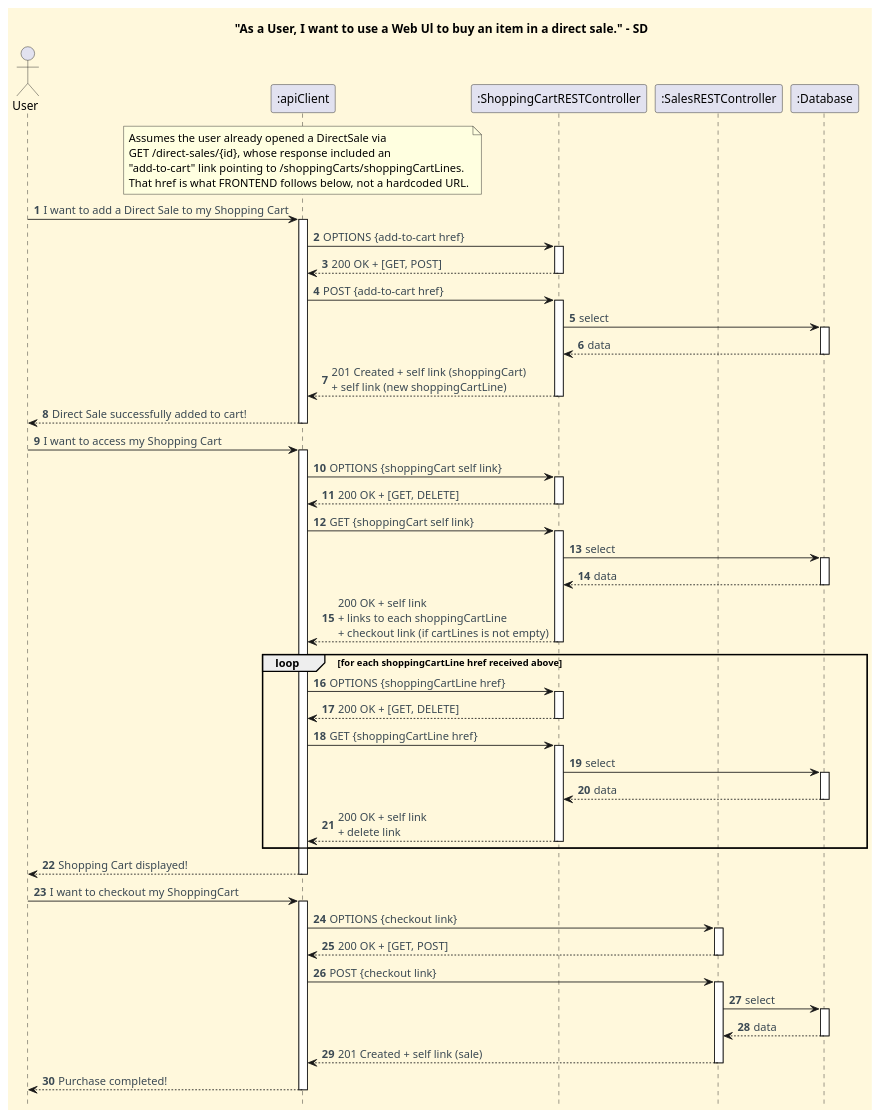
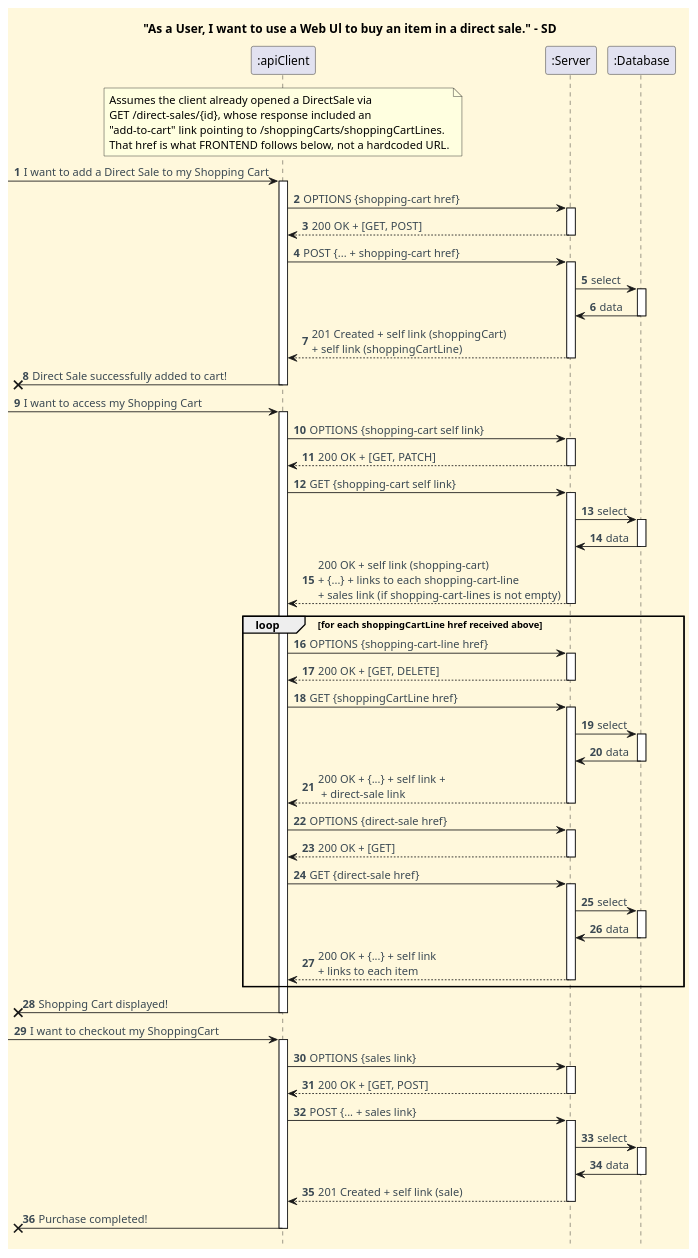
Before and after one commit to CarolinaLeite-collab/JavaMarketplacePlatform: the diagram in docs/client-server-diagrams/buy-item-on-direct-sale/Process_View_SD.puml, drawn with PlantUML. The commit also changed 1 other file, not shown here.

Commit message:
docs: updated process view diagram and added scenario diagram for buy an item in a direct sale functionality, refs #1121

```diff
--- a/docs/client-server-diagrams/buy-item-on-direct-sale/Process_View_SD.puml
+++ b/docs/client-server-diagrams/buy-item-on-direct-sale/Process_View_SD.puml
@@ -1,123 +1,138 @@
 @startuml
 
 '==== Title ====
 title "As a User, I want to use a Web Ul to buy an item in a direct sale." - SD
 
 '==== basic style ====
 skinparam monochrome false
 skinparam shadowing false
 skinparam defaultFontName Futura
 skinparam objectFontSize 20
 skinparam backgroundColor CornSilk
 skinparam objectBackgroundColor WhiteSmoke
 skinparam noteBackgroundColor #FFFFE0
 skinparam ArrowFontColor #3B4953
 skinparam ActivationBackgroundColor black
 hidefootbox
 autonumber
 
 ' ==== Actor and participants ====
-actor User as USER
 participant ":apiClient" as FRONTEND
-participant ":ShoppingCartRESTController" as CTL
-participant ":SalesRESTController" as SALESCTL
+participant ":Server" as SERVER
 participant ":Database" as DB
 
 note over FRONTEND
-  Assumes the user already opened a DirectSale via
+  Assumes the client already opened a DirectSale via
   GET /direct-sales/{id}, whose response included an
   "add-to-cart" link pointing to /shoppingCarts/shoppingCartLines.
   That href is what FRONTEND follows below, not a hardcoded URL.
 end note
 
-USER -> FRONTEND : I want to add a Direct Sale to my Shopping Cart
+ [-> FRONTEND : I want to add a Direct Sale to my Shopping Cart
 activate FRONTEND
 
-FRONTEND -> CTL : OPTIONS {add-to-cart href}
-activate CTL
+FRONTEND -> SERVER : OPTIONS {shopping-cart href}
+activate SERVER
 
-CTL --> FRONTEND : 200 OK + [GET, POST]
-deactivate CTL
+SERVER --> FRONTEND : 200 OK + [GET, POST]
+deactivate SERVER
 
-FRONTEND -> CTL : POST {add-to-cart href}
-activate CTL
+FRONTEND -> SERVER : POST {... + shopping-cart href}
+activate SERVER
 
-CTL -> DB : select
+SERVER -> DB : select
 activate DB
-DB --> CTL : data
+DB -> SERVER : data
 deactivate DB
 
-CTL --> FRONTEND : 201 Created + self link (shoppingCart) \n+ self link (new shoppingCartLine)
-deactivate CTL
+SERVER --> FRONTEND : 201 Created + self link (shoppingCart) \n+ self link (shoppingCartLine)
+deactivate SERVER
 
-FRONTEND --> USER : Direct Sale successfully added to cart!
+FRONTEND ->x[ : Direct Sale successfully added to cart!
 deactivate FRONTEND
 
-USER -> FRONTEND : I want to access my Shopping Cart
+[-> FRONTEND : I want to access my Shopping Cart
 activate FRONTEND
 
-FRONTEND -> CTL : OPTIONS {shoppingCart self link}
-activate CTL
+FRONTEND -> SERVER : OPTIONS {shopping-cart self link}
+activate SERVER
 
-CTL --> FRONTEND : 200 OK + [GET, DELETE]
-deactivate CTL
+SERVER --> FRONTEND : 200 OK + [GET, PATCH]
+deactivate SERVER
 
-FRONTEND -> CTL : GET {shoppingCart self link}
-activate CTL
+FRONTEND -> SERVER : GET {shopping-cart self link}
+activate SERVER
 
-CTL -> DB : select
+SERVER -> DB : select
 activate DB
-DB --> CTL : data
+DB -> SERVER : data
 deactivate DB
 
-CTL --> FRONTEND : 200 OK + self link \n+ links to each shoppingCartLine \n+ checkout link (if cartLines is not empty)
-deactivate CTL
+SERVER --> FRONTEND : 200 OK + self link (shopping-cart) \n+ {...} + links to each shopping-cart-line \n+ sales link (if shopping-cart-lines is not empty)
+deactivate SERVER
 
 loop for each shoppingCartLine href received above
 
-FRONTEND -> CTL : OPTIONS {shoppingCartLine href}
-activate CTL
+FRONTEND -> SERVER : OPTIONS {shopping-cart-line href}
+activate SERVER
 
-CTL --> FRONTEND : 200 OK + [GET, DELETE]
-deactivate CTL
+SERVER --> FRONTEND : 200 OK + [GET, DELETE]
+deactivate SERVER
 
-FRONTEND -> CTL : GET {shoppingCartLine href}
-activate CTL
+FRONTEND -> SERVER : GET {shoppingCartLine href}
+activate SERVER
 
-CTL -> DB : select
+SERVER -> DB : select
 activate DB
-DB --> CTL : data
+DB -> SERVER : data
 deactivate DB
 
-CTL --> FRONTEND : 200 OK + self link \n+ delete link
-deactivate CTL
+SERVER --> FRONTEND : 200 OK + {...} + self link +\n + direct-sale link
+deactivate SERVER
+
+FRONTEND -> SERVER : OPTIONS {direct-sale href}
+activate SERVER
+
+SERVER --> FRONTEND : 200 OK + [GET]
+deactivate SERVER
+
+FRONTEND -> SERVER : GET {direct-sale href}
+activate SERVER
+
+SERVER -> DB : select
+activate DB
+DB -> SERVER : data
+deactivate DB
+
+SERVER --> FRONTEND : 200 OK + {...} + self link \n+ links to each item
+deactivate SERVER
 
 end loop
 
-FRONTEND --> USER : Shopping Cart displayed!
+FRONTEND ->x[ : Shopping Cart displayed!
 deactivate FRONTEND
 
-USER -> FRONTEND : I want to checkout my ShoppingCart
+[-> FRONTEND : I want to checkout my ShoppingCart
 activate FRONTEND
 
-FRONTEND -> SALESCTL : OPTIONS {checkout link}
-activate SALESCTL
+FRONTEND -> SERVER : OPTIONS {sales link}
+activate SERVER
 
-SALESCTL --> FRONTEND : 200 OK + [GET, POST]
-deactivate SALESCTL
+SERVER --> FRONTEND : 200 OK + [GET, POST]
+deactivate SERVER
 
-FRONTEND -> SALESCTL : POST {checkout link}
-activate SALESCTL
+FRONTEND -> SERVER : POST {... + sales link}
+activate SERVER
 
-SALESCTL -> DB : select
+SERVER -> DB : select
 activate DB
-DB --> SALESCTL : data
+DB -> SERVER : data
 deactivate DB
 
-SALESCTL --> FRONTEND : 201 Created + self link (sale)
-deactivate SALESCTL
+SERVER --> FRONTEND : 201 Created + self link (sale)
+deactivate SERVER
 
-FRONTEND --> USER : Purchase completed!
+FRONTEND ->x[ : Purchase completed!
 deactivate FRONTEND
 
 @enduml
```
